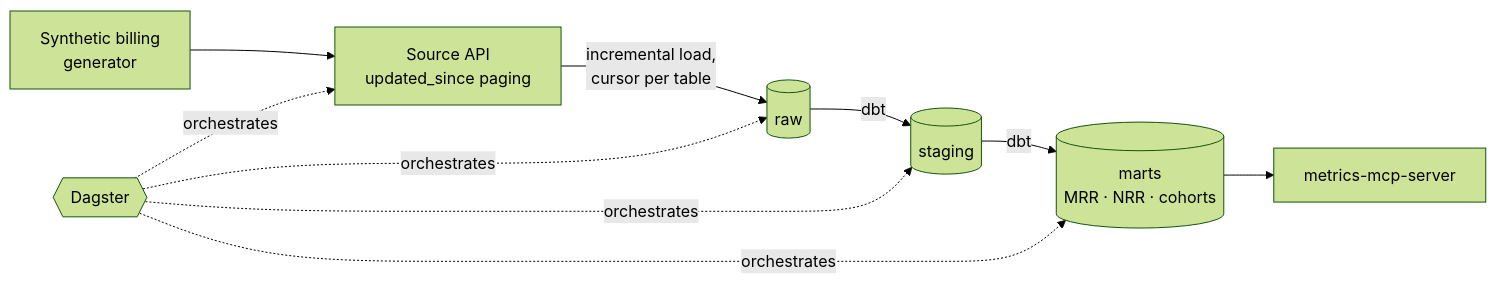
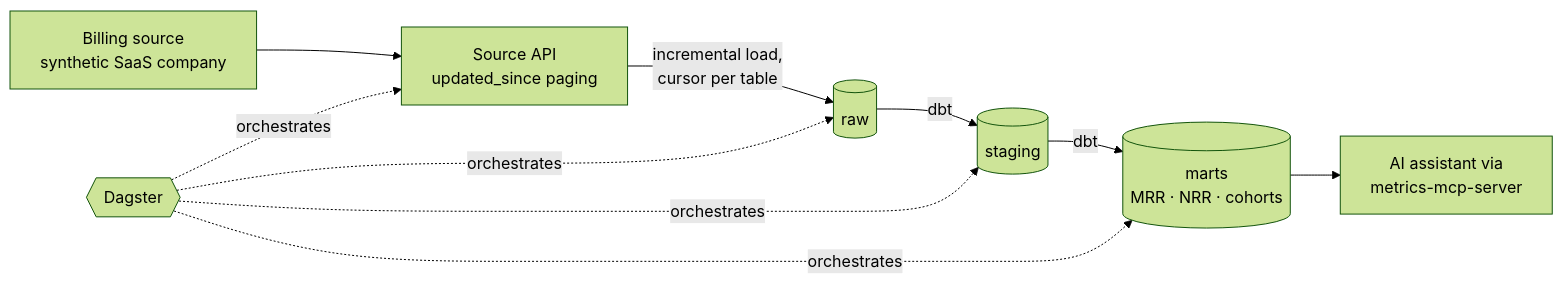
One commit to Itsraza099/saas-metrics-platform changed the diagram in README.md. Above: the diagram before and after it, drawn with Mermaid (forest theme). The commit also changed other lines of this file, not shown here.

````diff
--- a/README.md
+++ b/README.md
@@ -13,9 +23,9 @@
 ```mermaid
 flowchart LR
-    G[Synthetic billing<br/>generator] --> API[Source API<br/>updated_since paging]
+    G[Billing source<br/>synthetic SaaS company] --> API[Source API<br/>updated_since paging]
     API -->|incremental load,<br/>cursor per table| RAW[(raw)]
     RAW -->|dbt| STG[(staging)]
     STG -->|dbt| MARTS[(marts<br/>MRR · NRR · cohorts)]
     D{{Dagster}} -.orchestrates.-> API & RAW & STG & MARTS
-    MARTS --> MCP[metrics-mcp-server]
+    MARTS --> MCP[AI assistant via<br/>metrics-mcp-server]
 ```
````
